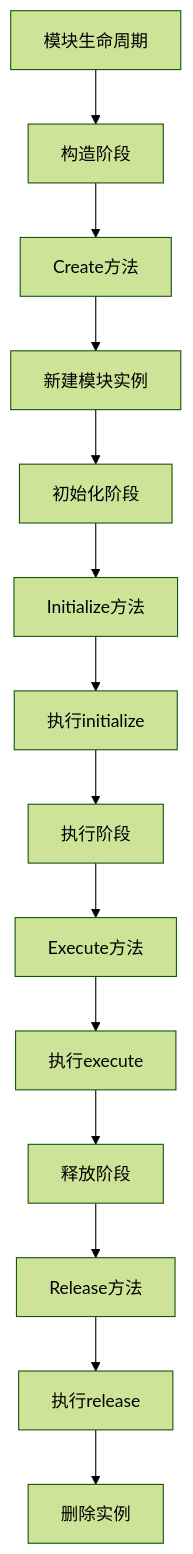
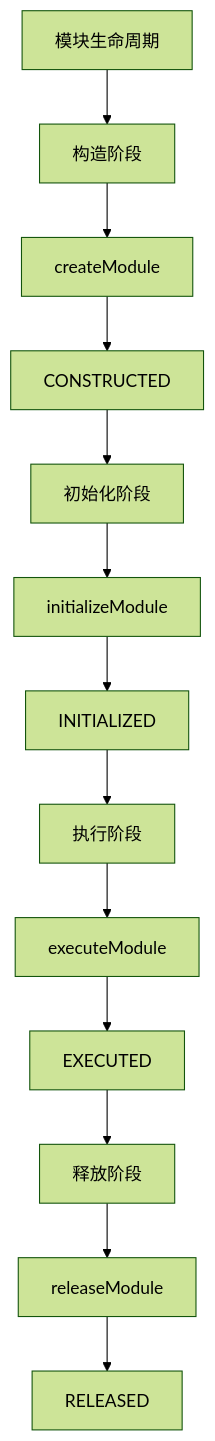
One commit to loong22/paraConfig changed the fourth of 5 diagrams in doc.md. Above: the diagram before and after it, drawn with Mermaid (forest theme). The commit also changed other lines of this file and 3 other files, not shown here.

````diff
--- a/doc.md
+++ b/doc.md
@@ -279,16 +321,15 @@
 ```mermaid
 flowchart TD
     A[模块生命周期] --> B[构造阶段]
-    B --> C[Create方法]
-    C --> D[新建模块实例]
+    B --> C[createModule]
+    C --> D[CONSTRUCTED]
     D --> E[初始化阶段]
-    E --> F[Initialize方法]
-    F --> G[执行initialize]
+    E --> F[initializeModule]
+    F --> G[INITIALIZED]
     G --> H[执行阶段]
-    H --> I[Execute方法]
-    I --> J[执行execute]
+    H --> I[executeModule]
+    I --> J[EXECUTED]
     J --> K[释放阶段]
-    K --> L[Release方法]
-    L --> M[执行release]
-    M --> N[删除实例]
+    K --> L[releaseModule]
+    L --> M[RELEASED]
 ```
````
